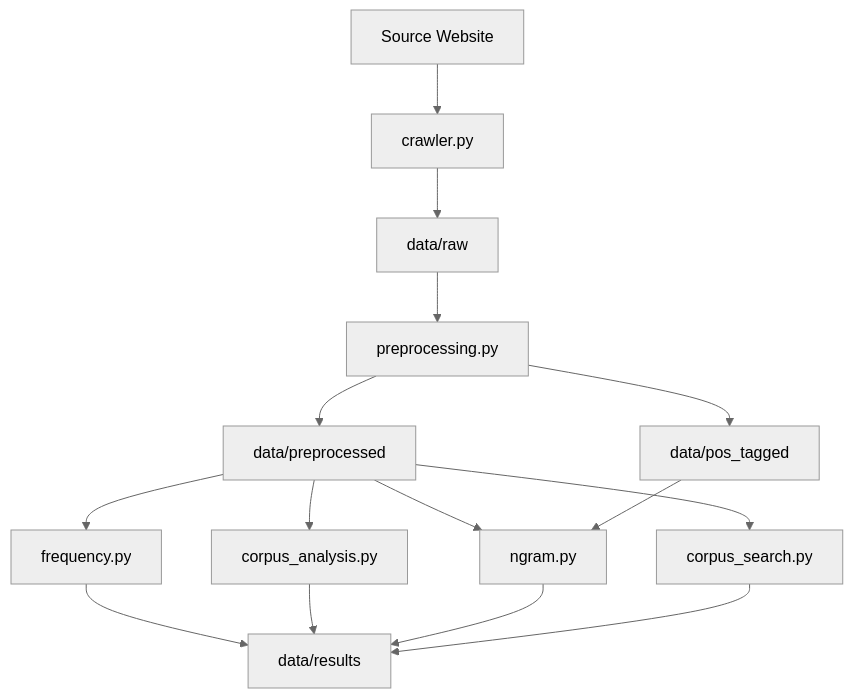
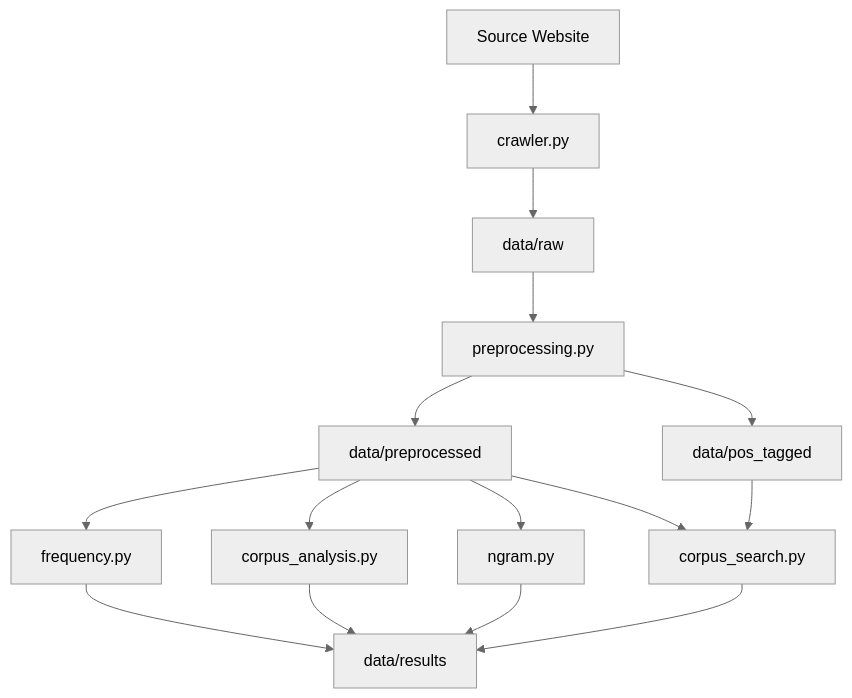
The diagram in README.md (ksphere0013/Corpus-Linguistics-Toolkit-for-Chinese), drawn with Mermaid (neutral theme) before and after one commit.

````diff
--- a/README.md
+++ b/README.md
@@ -41,22 +41,22 @@
 ```mermaid
 flowchart TD
     A[Source Website] --> B[crawler.py]
     B --> C[data/raw]
 
     C --> D[preprocessing.py]
 
     D --> E[data/preprocessed]
     D --> F[data/pos_tagged]
 
     E --> G[frequency.py]
     E --> H[corpus_analysis.py]
     E --> I[ngram.py]
     E --> J[corpus_search.py]
 
-    F --> I
+    F --> J
 
     G --> K[data/results]
     H --> K
     I --> K
     J --> K
 ```
````
